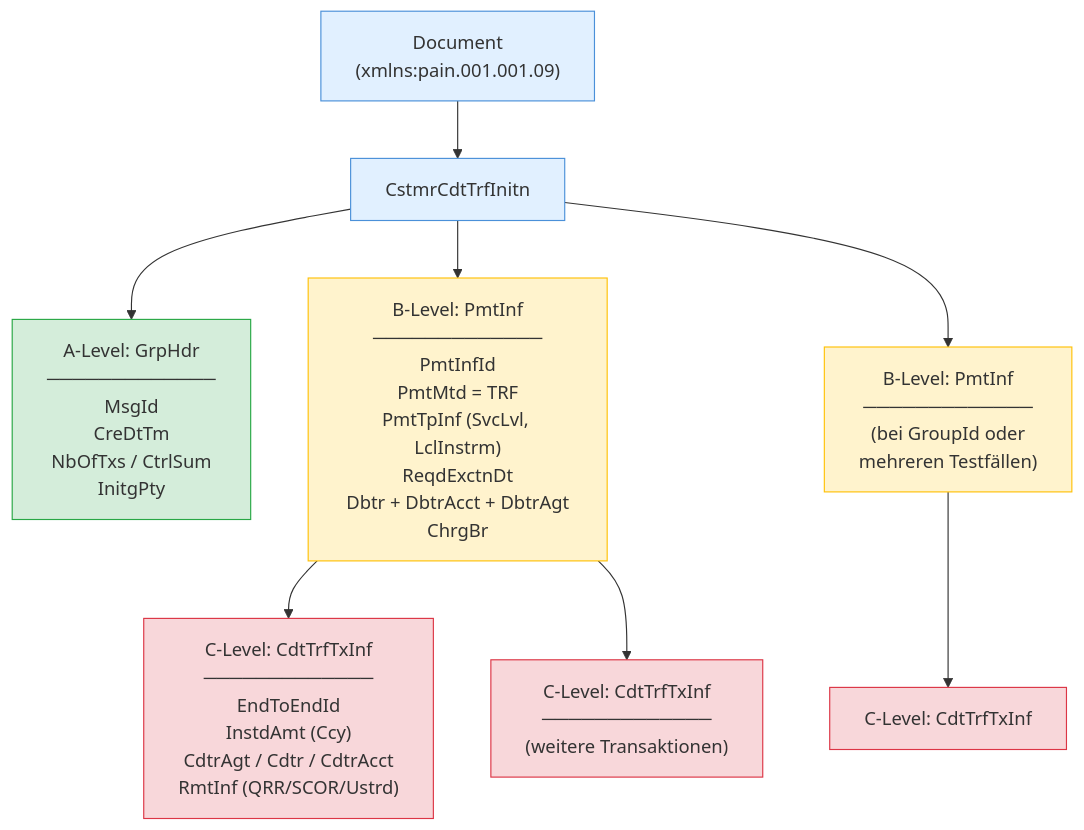
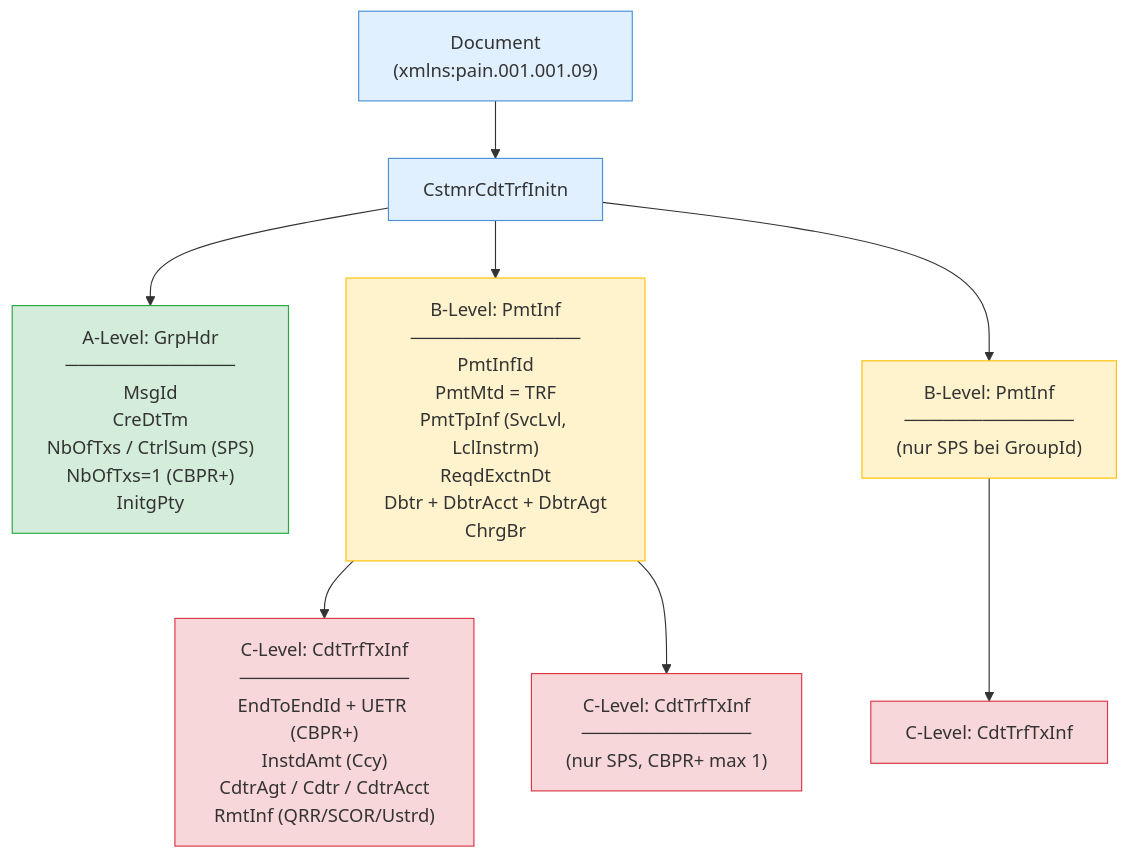
The third of 3 diagrams in README.md (Sebastenhauer/iso20022tester), drawn with Mermaid before and after one commit. The commit also changed other lines of this file, not shown here.

First line of the commit message:
Update README with CBPR+ dual-standard documentation

````diff
--- a/README.md
+++ b/README.md
@@ -85,19 +99,19 @@
 ```mermaid
 flowchart TD
     Doc["Document\n(xmlns:pain.001.001.09)"] --> Root["CstmrCdtTrfInitn"]
-    Root --> GrpHdr["A-Level: GrpHdr\n─────────────\nMsgId\nCreDtTm\nNbOfTxs / CtrlSum\nInitgPty"]
+    Root --> GrpHdr["A-Level: GrpHdr\n─────────────\nMsgId\nCreDtTm\nNbOfTxs / CtrlSum (SPS)\nNbOfTxs=1 (CBPR+)\nInitgPty"]
     Root --> PmtInf1["B-Level: PmtInf\n─────────────\nPmtInfId\nPmtMtd = TRF\nPmtTpInf (SvcLvl, LclInstrm)\nReqdExctnDt\nDbtr + DbtrAcct + DbtrAgt\nChrgBr"]
-    PmtInf1 --> Tx1["C-Level: CdtTrfTxInf\n─────────────\nEndToEndId\nInstdAmt (Ccy)\nCdtrAgt / Cdtr / CdtrAcct\nRmtInf (QRR/SCOR/Ustrd)"]
-    PmtInf1 --> Tx2["C-Level: CdtTrfTxInf\n─────────────\n(weitere Transaktionen)"]
-    Root --> PmtInf2["B-Level: PmtInf\n─────────────\n(bei GroupId oder\nmehreren Testfällen)"]
+    PmtInf1 --> Tx1["C-Level: CdtTrfTxInf\n─────────────\nEndToEndId + UETR (CBPR+)\nInstdAmt (Ccy)\nCdtrAgt / Cdtr / CdtrAcct\nRmtInf (QRR/SCOR/Ustrd)"]
+    PmtInf1 --> Tx2["C-Level: CdtTrfTxInf\n─────────────\n(nur SPS, CBPR+ max 1)"]
+    Root --> PmtInf2["B-Level: PmtInf\n─────────────\n(nur SPS bei GroupId)"]
     PmtInf2 --> Tx3["C-Level: CdtTrfTxInf"]
 
     style Doc fill:#e1f0ff,stroke:#4a90d9
     style Root fill:#e1f0ff,stroke:#4a90d9
     style GrpHdr fill:#d4edda,stroke:#28a745
     style PmtInf1 fill:#fff3cd,stroke:#ffc107
     style PmtInf2 fill:#fff3cd,stroke:#ffc107
     style Tx1 fill:#f8d7da,stroke:#dc3545
     style Tx2 fill:#f8d7da,stroke:#dc3545
     style Tx3 fill:#f8d7da,stroke:#dc3545
 ```
````
